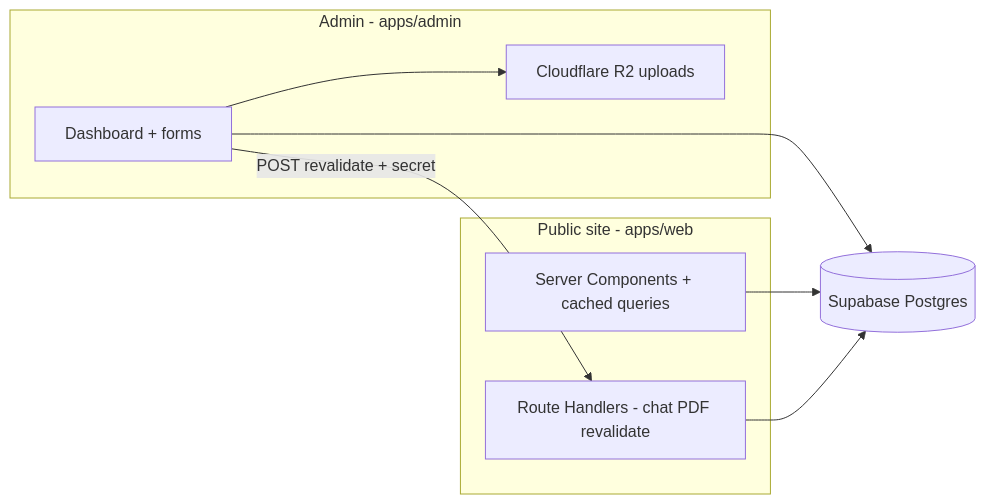
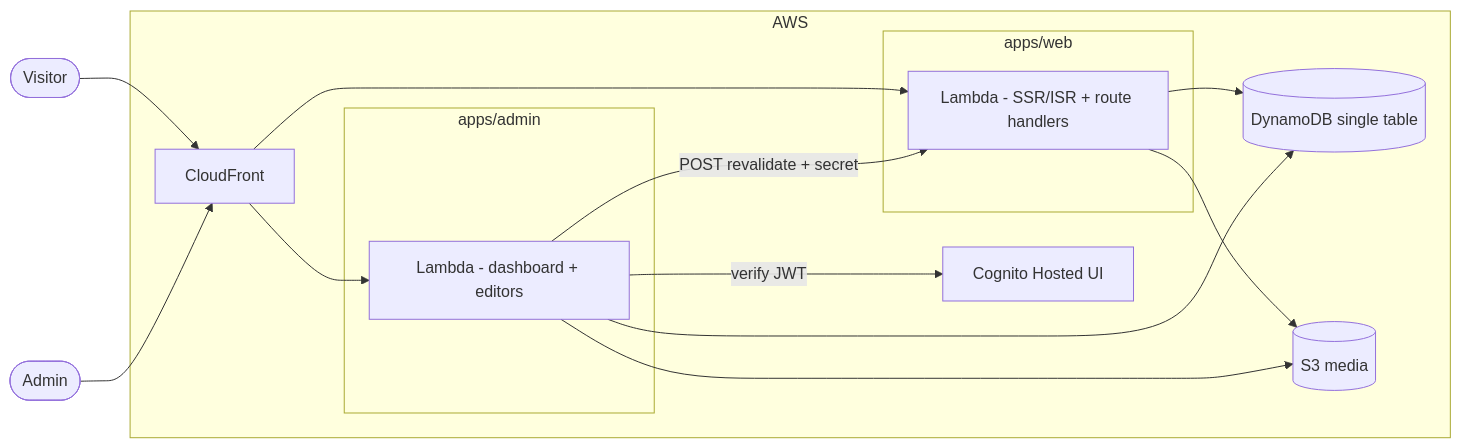
One commit to KhubaibQaiser/portfolio-v2 changed the diagram in README.md. Above: the diagram before and after it, drawn with Mermaid. The commit also changed other lines of this file and 1 other file, not shown here.

````diff
--- a/README.md
+++ b/README.md
@@ -40,17 +39,26 @@
 ```mermaid
 flowchart LR
-  subgraph public [Public site - apps/web]
-    Pages[Server Components + cached queries]
-    API[Route Handlers - chat PDF revalidate]
+  user([Visitor])
+  admin_user([Admin])
+
+  subgraph aws [AWS]
+    cf[CloudFront]
+    subgraph web [apps/web]
+      webfn[Lambda - SSR/ISR + route handlers]
+    end
+    subgraph adm [apps/admin]
+      admfn[Lambda - dashboard + editors]
+    end
+    ddb[(DynamoDB single table)]
+    s3[(S3 media)]
+    cognito[Cognito Hosted UI]
   end
-  subgraph admin [Admin - apps/admin]
-    UI[Dashboard + forms]
-    R2[Cloudflare R2 uploads]
-  end
-  DB[(Supabase Postgres)]
-  UI --> DB
-  UI --> R2
-  UI -->|POST revalidate + secret| API
-  Pages --> DB
-  API --> DB
+
+  user --> cf --> webfn --> ddb
+  webfn --> s3
+  admin_user --> cf --> admfn
+  admfn -->|verify JWT| cognito
+  admfn --> ddb
+  admfn --> s3
+  admfn -->|POST revalidate + secret| webfn
 ```
````
